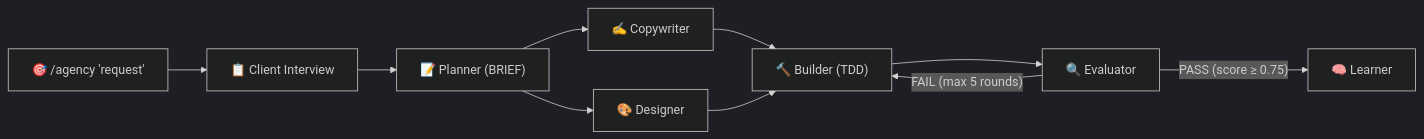
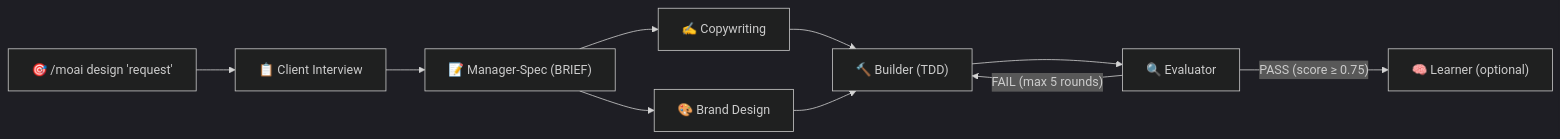
One commit to modu-ai/moai-adk changed the eighth of 10 diagrams in README.md. Above: the diagram before and after it, drawn with Mermaid (dark theme). The commit also changed other lines of this file and 4 other files, not shown here.

````diff
--- a/README.md
+++ b/README.md
@@ -959,12 +959,12 @@
 ```mermaid
 flowchart LR
-    REQ["🎯 /agency 'request'"] --> INT["📋 Client Interview"]
-    INT --> P["📝 Planner (BRIEF)"]
-    P --> C["✍️ Copywriter"]
-    P --> D["🎨 Designer"]
+    REQ["🎯 /moai design 'request'"] --> INT["📋 Client Interview"]
+    INT --> P["📝 Manager-Spec (BRIEF)"]
+    P --> C["✍️ Copywriting"]
+    P --> D["🎨 Brand Design"]
     C --> B["🔨 Builder (TDD)"]
     D --> B
     B --> E["🔍 Evaluator"]
     E -->|"FAIL (max 5 rounds)"| B
-    E -->|"PASS (score ≥ 0.75)"| L["🧠 Learner"]
+    E -->|"PASS (score ≥ 0.75)"| L["🧠 Learner (optional)"]
 ```
````
